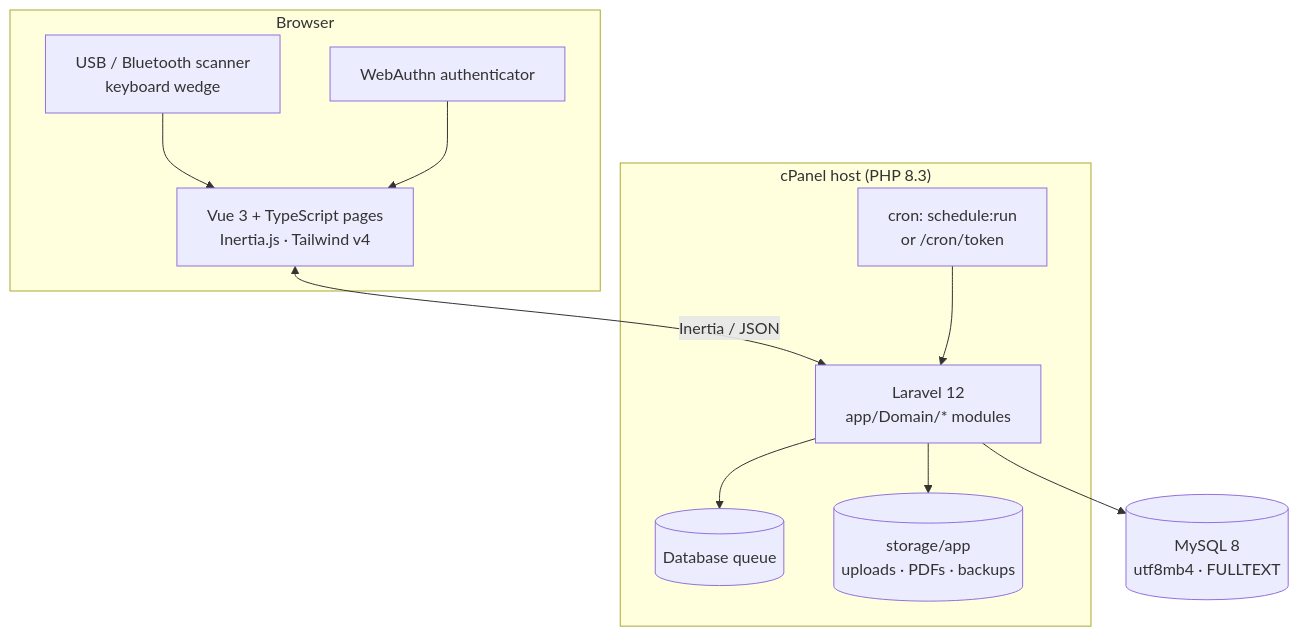
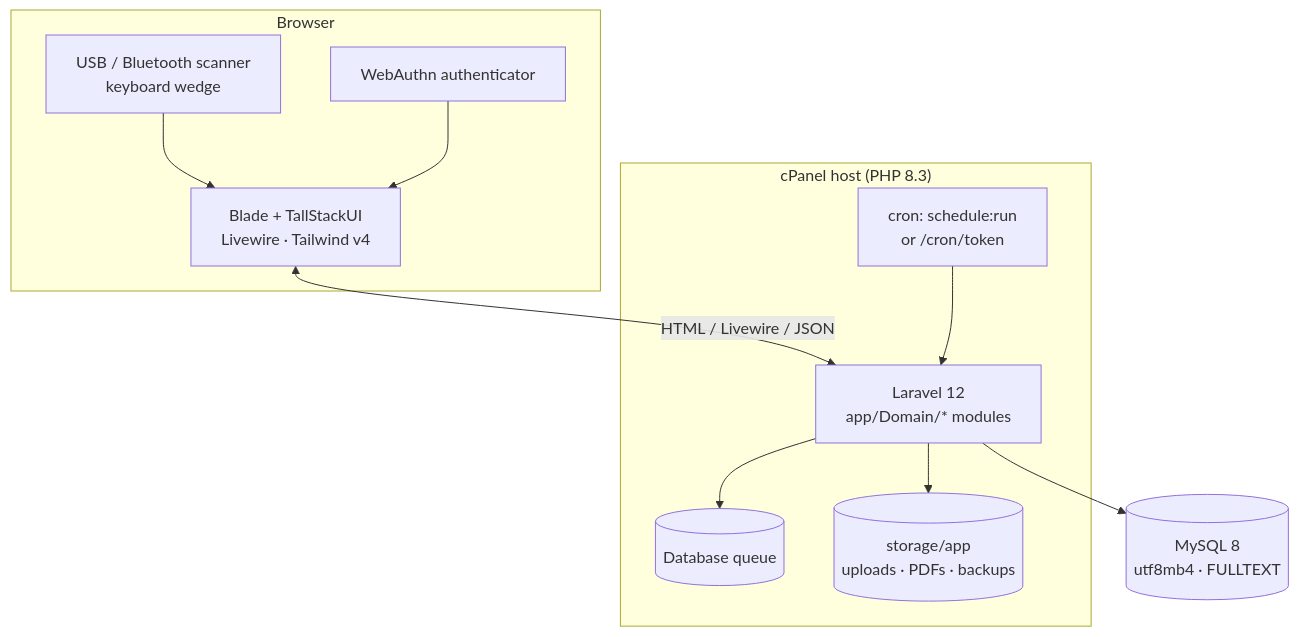
The diagram in docs/README.md (calebgruber/Current-1-1), drawn with Mermaid before and after one commit. The commit also changed other lines of this file and 16 other files, not shown here.

````diff
--- a/docs/README.md
+++ b/docs/README.md
@@ -24,22 +24,22 @@
 ```mermaid
 graph TB
     subgraph Browser
-        V[Vue 3 + TypeScript pages<br/>Inertia.js · Tailwind v4]
+        V[Blade + TallStackUI<br/>Livewire · Tailwind v4]
         SC[USB / Bluetooth scanner<br/>keyboard wedge]
         PK[WebAuthn authenticator]
     end
     subgraph "cPanel host (PHP 8.3)"
         L[Laravel 12<br/>app/Domain/* modules]
         Q[(Database queue)]
         CR[cron: schedule:run<br/>or /cron/token]
         FS[(storage/app<br/>uploads · PDFs · backups)]
     end
     DB[(MySQL 8<br/>utf8mb4 · FULLTEXT)]
-    V <-->|Inertia / JSON| L
+    V <-->|HTML / Livewire / JSON| L
     SC --> V
     PK --> V
     L --> DB
     L --> FS
     CR --> L
     L --> Q
 ```
````
